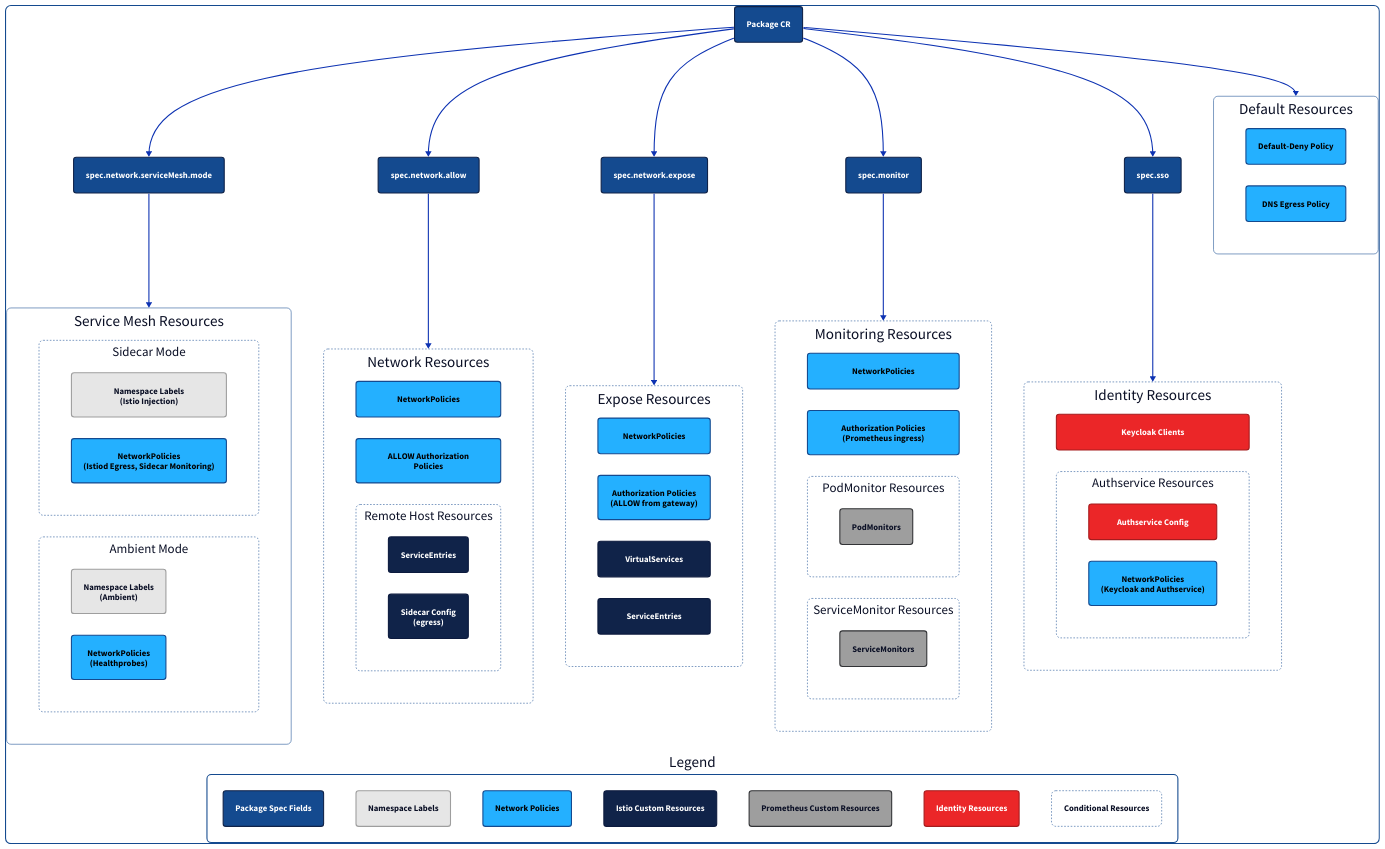
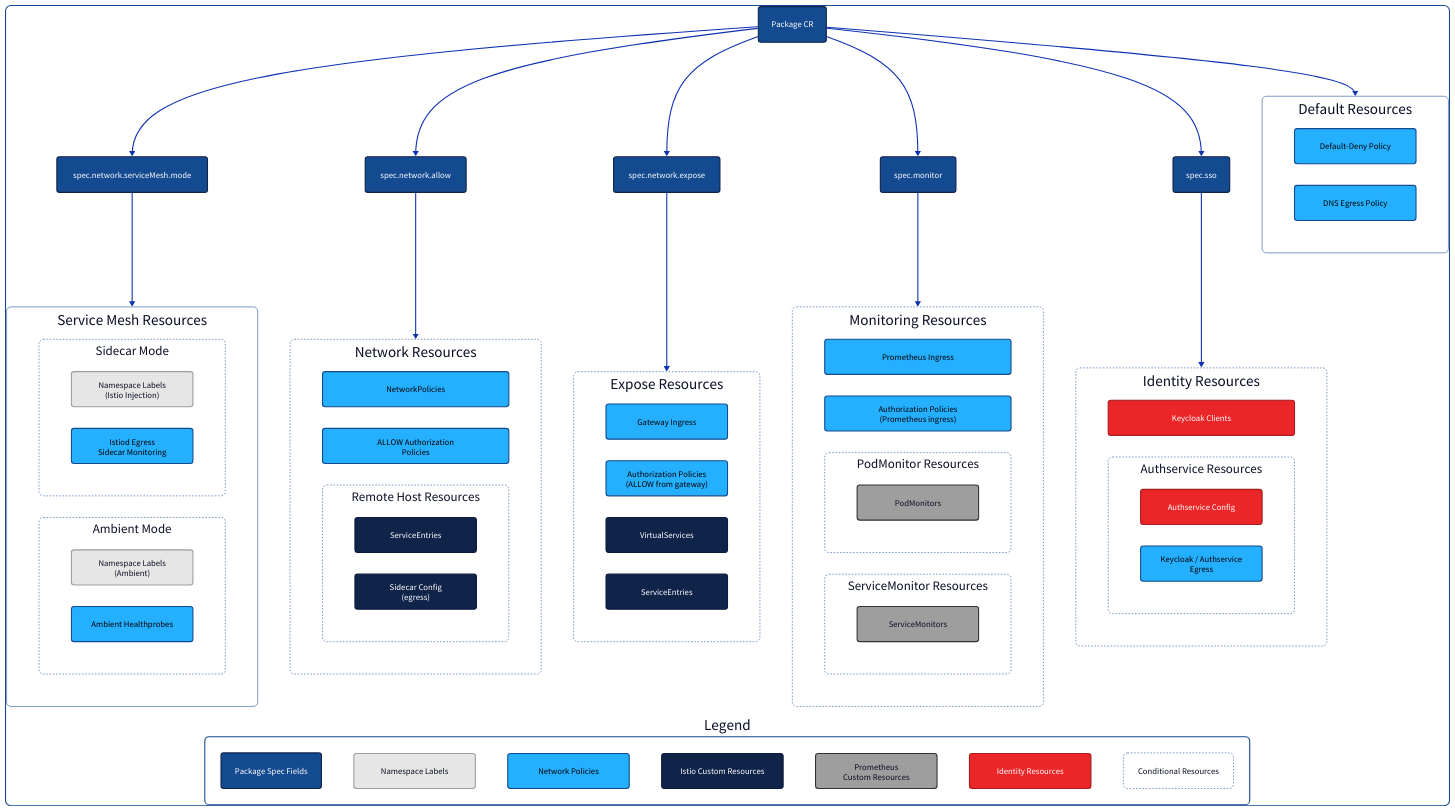
Before and after one commit to defenseunicorns/uds-core: the diagram in docs/.images/diagrams/operator-resource-tree.d2, drawn with D2. The commit also changed 7 other files, not shown here.

```diff
--- a/docs/.images/diagrams/operator-resource-tree.d2
+++ b/docs/.images/diagrams/operator-resource-tree.d2
@@ -19,6 +19,7 @@
       stroke-width: 2
       border-radius: 5
       font-color: "#ffffff"
+      bold: false
     }
   }
   defaultResource: {
@@ -26,7 +27,10 @@
       fill: "#e6e6e6"
       stroke: "#9e9e9e"
       border-radius: 5
+      bold: false
     }
+    width: 225
+    height: 65
   }
   networkResource: {
     style: {
@@ -35,7 +39,10 @@
       stroke-width: 2
       border-radius: 5
       font-color: "#000000"
+      bold: false
     }
+    width: 225
+    height: 65
   }
   istioResource: {
     style: {
@@ -44,7 +51,10 @@
       stroke-width: 2
       border-radius: 5
       font-color: "#ffffff"
+      bold: false
     }
+    width: 225
+    height: 65
   }
   monitorResource: {
     style: {
@@ -52,7 +62,10 @@
       stroke: "#323336"
       stroke-width: 2
       border-radius: 5
+      bold: false
     }
+    width: 225
+    height: 65
   }
   authResource: {
     style: {
@@ -61,7 +74,10 @@
       stroke-width: 2
       border-radius: 5
       font-color: "#ffffff"
+      bold: false
     }
+    width: 225
+    height: 65
   }
   container: {
     style: {
@@ -148,7 +164,7 @@
     }
 
     SidecarNetPols: {
-      label: "NetworkPolicies\n(Istiod Egress, Sidecar Monitoring)"
+      label: "Istiod Egress\nSidecar Monitoring"
       class: networkResource
     }
   }
@@ -163,7 +179,7 @@
     }
 
     AmbientNetPols: {
-      label: "NetworkPolicies\n(Healthprobes)"
+      label: "Ambient Healthprobes"
       class: networkResource
     }
   }
@@ -221,7 +237,7 @@
     }
 
     AuthserviceNetPol: {
-      label: "NetworkPolicies\n(Keycloak and Authservice)"
+      label: "Keycloak / Authservice\nEgress"
       class: networkResource
     }
   }
@@ -233,7 +249,7 @@
   class: container
 
   ExposeNetPol: {
-    label: "NetworkPolicies"
+    label: "Gateway Ingress"
     class: networkResource
   }
 
@@ -259,7 +275,7 @@
   class: container
 
   MonitorNetPols: {
-    label: "NetworkPolicies"
+    label: "Prometheus Ingress"
     class: networkResource
   }
 
@@ -304,9 +320,9 @@
   L2: {label: "Namespace Labels"; class: defaultResource}
   L3: {label: "Network Policies"; class: networkResource}
   L4: {label: "Istio Custom Resources"; class: istioResource}
-  L5: {label: "Prometheus Custom Resources"; class: monitorResource}
+  L5: {label: "Prometheus\nCustom Resources"; class: monitorResource}
   L6: {label: "Identity Resources"; class: authResource}
-  L7: {label: "Conditional Resources"; class: container; style.font-size: 16}
+  L7: {label: "Conditional Resources"; class: container; style.font-size: 16; style.bold: false}
 
   near: "bottom-center"
 }
```
